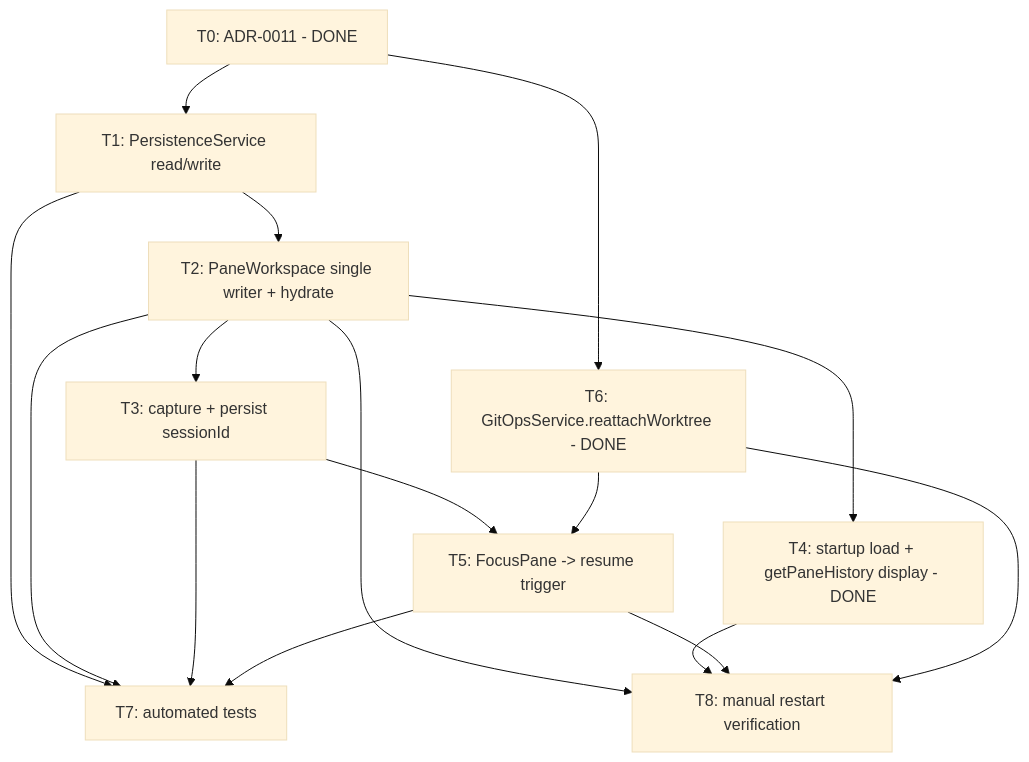
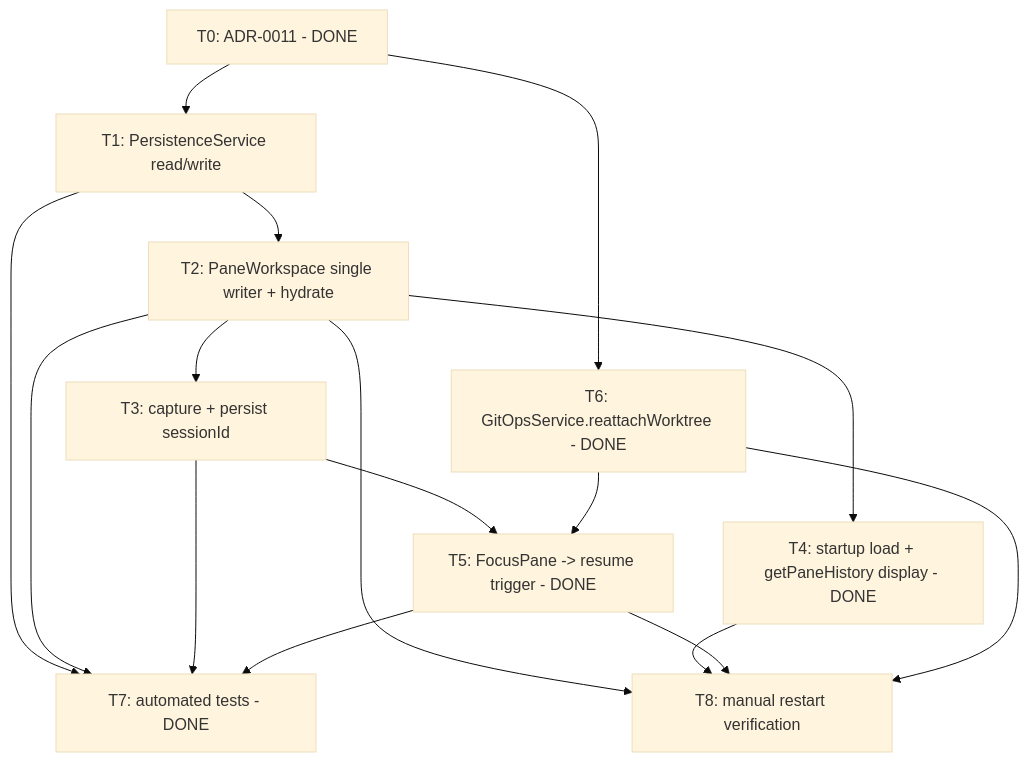
Before and after one commit to draekien/dia: the diagram in .draekien/break-down-prd/dia-mvp/05-persistence-restart-restore.md, drawn with Mermaid (base theme). The commit also changed other lines of this file and 12 other files, not shown here.

First line of the commit message:
feat: resume a cold pane's Agent SDK session on focus

````diff
--- a/.draekien/break-down-prd/dia-mvp/05-persistence-restart-restore.md
+++ b/.draekien/break-down-prd/dia-mvp/05-persistence-restart-restore.md
@@ -78,27 +78,27 @@
 ```mermaid
 graph TD
   T0[T0: ADR-0011 - DONE]
   T1[T1: PersistenceService read/write]
   T2[T2: PaneWorkspace single writer + hydrate]
   T3[T3: capture + persist sessionId]
   T4[T4: startup load + getPaneHistory display - DONE]
-  T5[T5: FocusPane -> resume trigger]
+  T5[T5: FocusPane -> resume trigger - DONE]
   T6[T6: GitOpsService.reattachWorktree - DONE]
-  T7[T7: automated tests]
+  T7[T7: automated tests - DONE]
   T8[T8: manual restart verification]
   T0 --> T1
   T0 --> T6
   T1 --> T2
   T2 --> T3
   T2 --> T4
   T3 --> T5
   T6 --> T5
   T1 --> T7
   T2 --> T7
   T3 --> T7
   T5 --> T7
   T2 --> T8
   T4 --> T8
   T5 --> T8
   T6 --> T8
 ```
````
